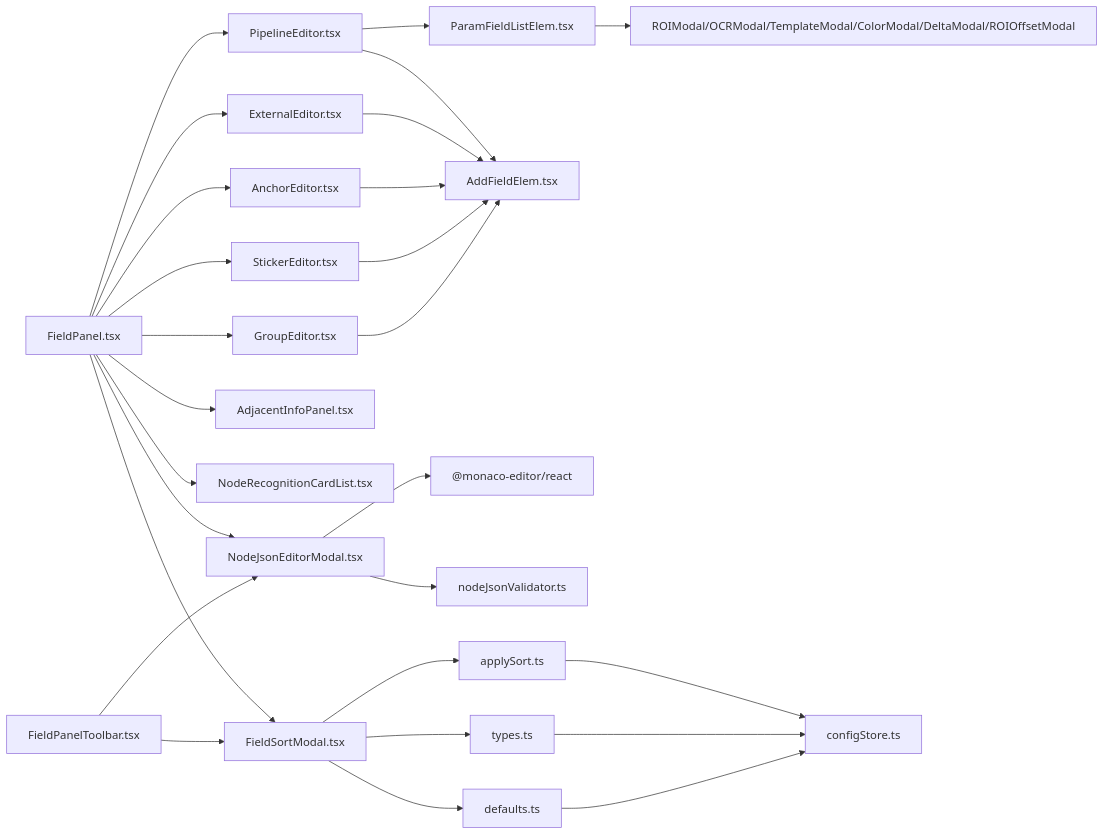
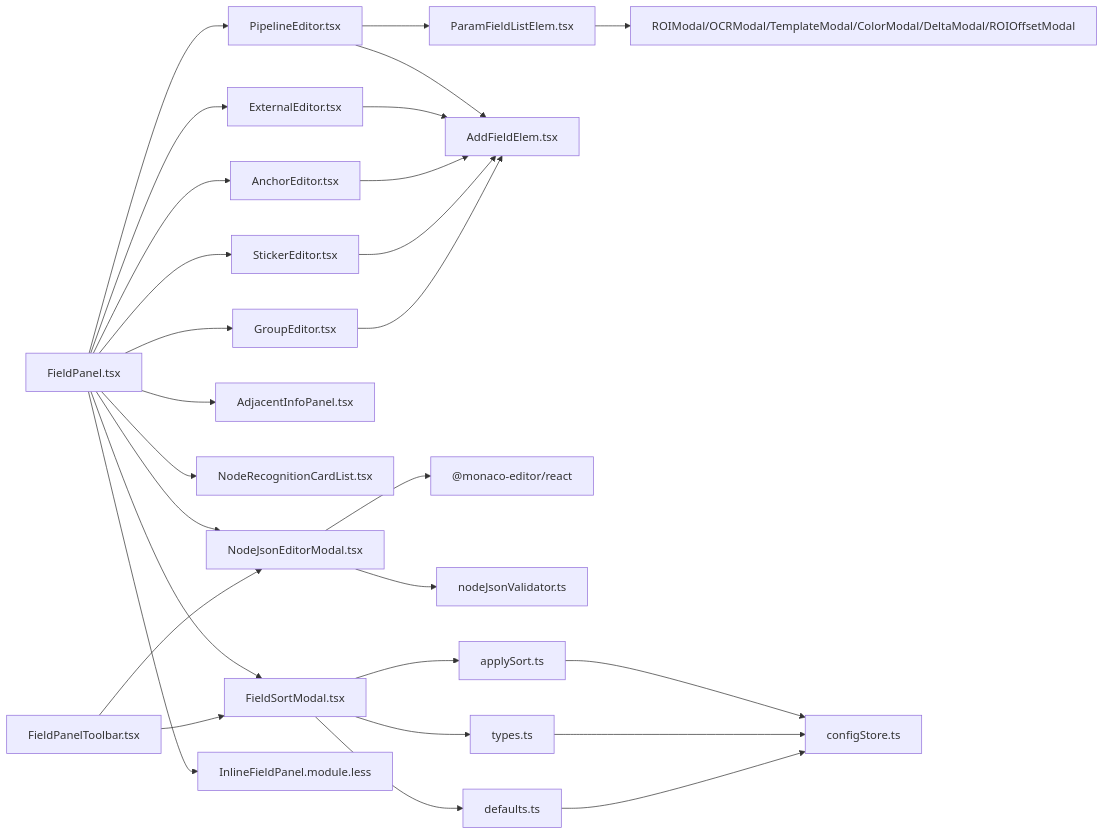
One commit to kqcoxn/MaaPipelineEditor changed diagram 11 of 11 in .qoder/repowiki/zh/content/用户界面/面板系统/字段面板.md. Above: the diagram before and after it, drawn with Mermaid. The commit also changed other lines of this file and 31 other files, not shown here.

````diff
--- a/.qoder/repowiki/zh/content/用户界面/面板系统/字段面板.md
+++ b/.qoder/repowiki/zh/content/用户界面/面板系统/字段面板.md
@@ -545,29 +607,30 @@
 ```mermaid
 graph LR
 FP["FieldPanel.tsx"] --> PE["PipelineEditor.tsx"]
 FP --> EE["ExternalEditor.tsx"]
 FP --> AE2["AnchorEditor.tsx"]
 FP --> SE["StickerEditor.tsx"]
 FP --> GE["GroupEditor.tsx"]
 FP --> Adj["AdjacentInfoPanel.tsx"]
 FP --> NRCL["NodeRecognitionCardList.tsx"]
 FP --> JSONModal["NodeJsonEditorModal.tsx"]
 FP --> FSModal["FieldSortModal.tsx"]
+FP --> IFP["InlineFieldPanel.module.less"]
 TBar["FieldPanelToolbar.tsx"] --> JSONModal
 TBar --> FSModal
 PE --> PFLE["ParamFieldListElem.tsx"]
 PE --> AE["AddFieldElem.tsx"]
 EE --> AE
 AE2 --> AE
 SE --> AE
 GE --> AE
 PFLE --> Modals["ROIModal/OCRModal/TemplateModal/ColorModal/DeltaModal/ROIOffsetModal"]
 JSONModal --> Monaco["@monaco-editor/react"]
 JSONModal --> Validator["nodeJsonValidator.ts"]
 FSModal --> SortCore["applySort.ts"]
 FSModal --> SortTypes["types.ts"]
 FSModal --> SortDefaults["defaults.ts"]
 SortCore --> ConfigStore["configStore.ts"]
 SortTypes --> ConfigStore
 SortDefaults --> ConfigStore
 ```
````
